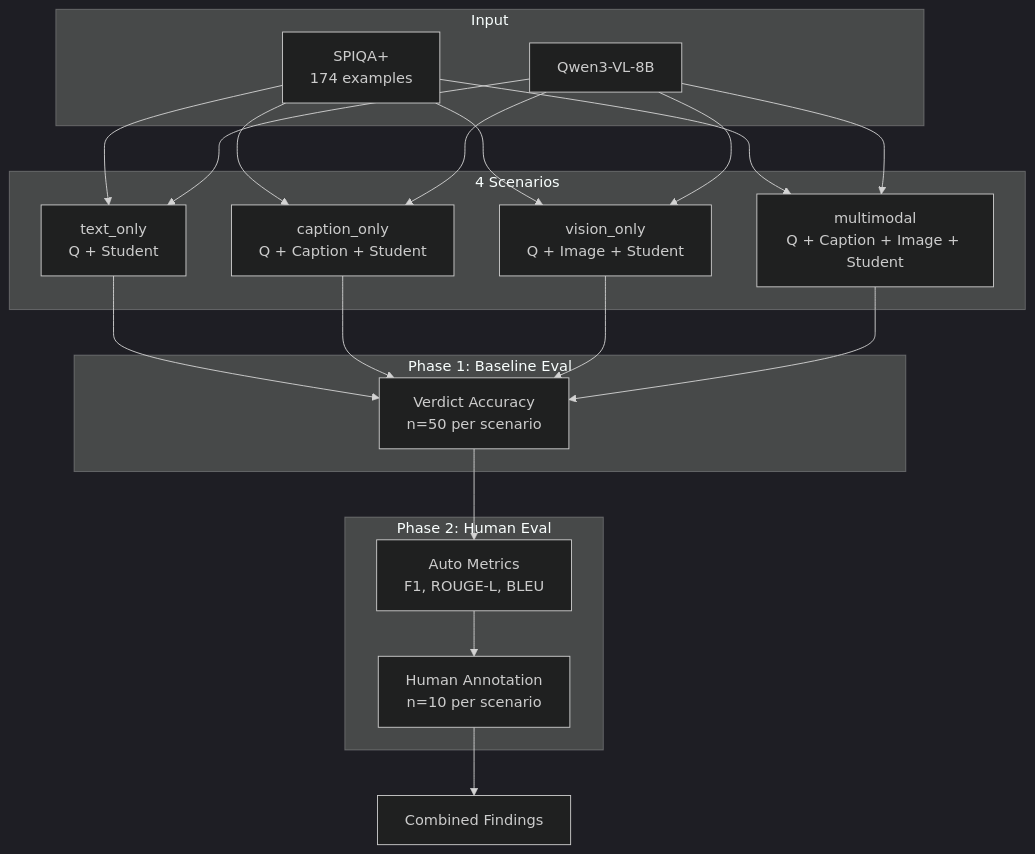
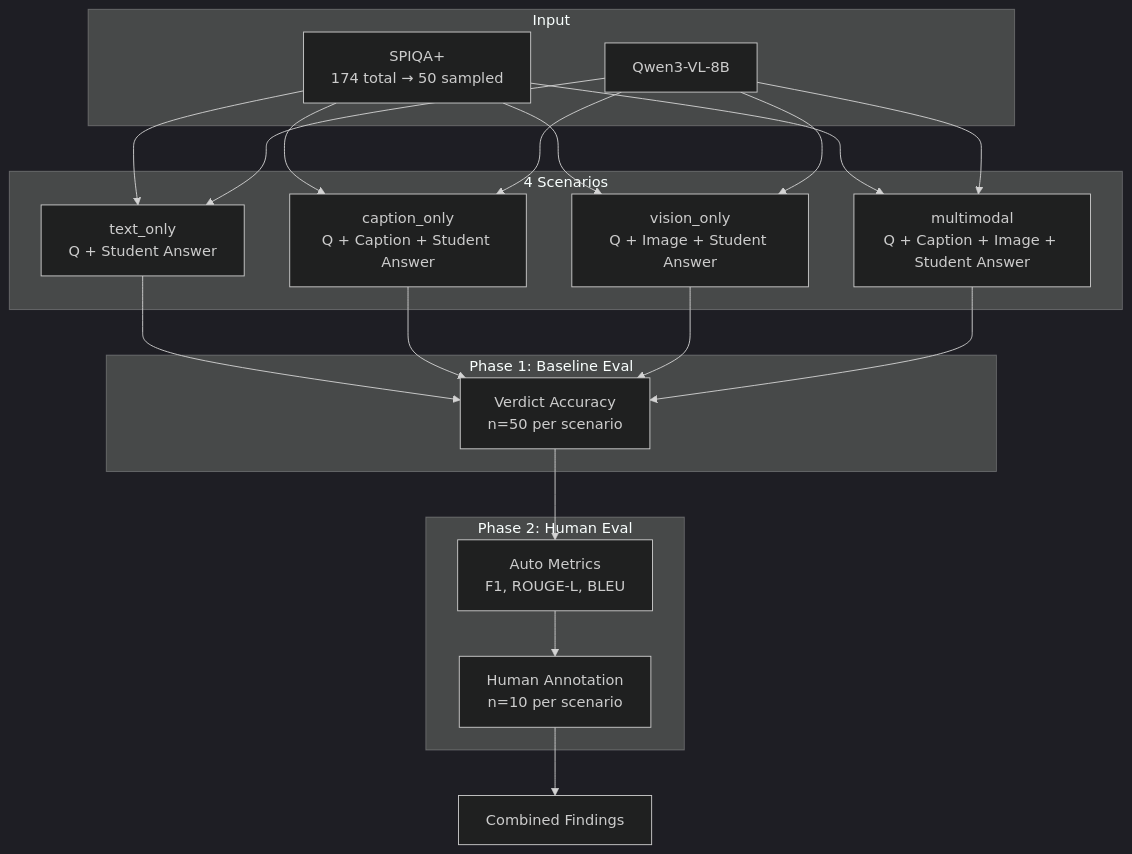
One commit to diptiaswath/studyCoach changed the second of 2 diagrams in results/pipeline_diagrams.md. Above: the diagram before and after it, drawn with Mermaid (dark theme). The commit also changed other lines of this file, not shown here.

Commit message:
Add ICL exemplars breakdown (18 total) to pipeline diagrams

````diff
--- a/results/pipeline_diagrams.md
+++ b/results/pipeline_diagrams.md
@@ -33,31 +32,31 @@
 ```mermaid
 flowchart TB
     subgraph Input
-        A[SPIQA+<br/>174 examples]
+        A[SPIQA+<br/>174 total → 50 sampled]
         B[Qwen3-VL-8B]
     end
 
     subgraph Scenarios["4 Scenarios"]
-        C1[text_only<br/>Q + Student]
-        C2[caption_only<br/>Q + Caption + Student]
-        C3[vision_only<br/>Q + Image + Student]
-        C4[multimodal<br/>Q + Caption + Image + Student]
+        C1[text_only<br/>Q + Student Answer]
+        C2[caption_only<br/>Q + Caption + Student Answer]
+        C3[vision_only<br/>Q + Image + Student Answer]
+        C4[multimodal<br/>Q + Caption + Image + Student Answer]
     end
 
     A --> C1 & C2 & C3 & C4
     B --> C1 & C2 & C3 & C4
 
     subgraph Phase1["Phase 1: Baseline Eval"]
         D[Verdict Accuracy<br/>n=50 per scenario]
     end
 
     subgraph Phase2["Phase 2: Human Eval"]
         E[Auto Metrics<br/>F1, ROUGE-L, BLEU]
         F[Human Annotation<br/>n=10 per scenario]
     end
 
     C1 & C2 & C3 & C4 --> D
     D --> E --> F
 
     F --> G[Combined Findings]
 ```
````
